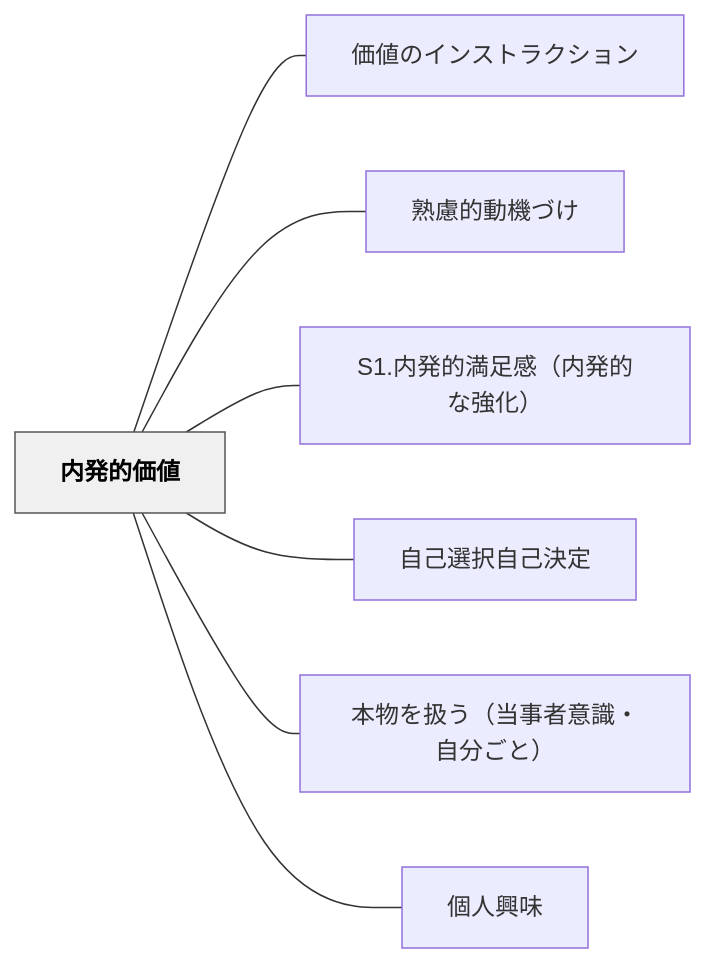
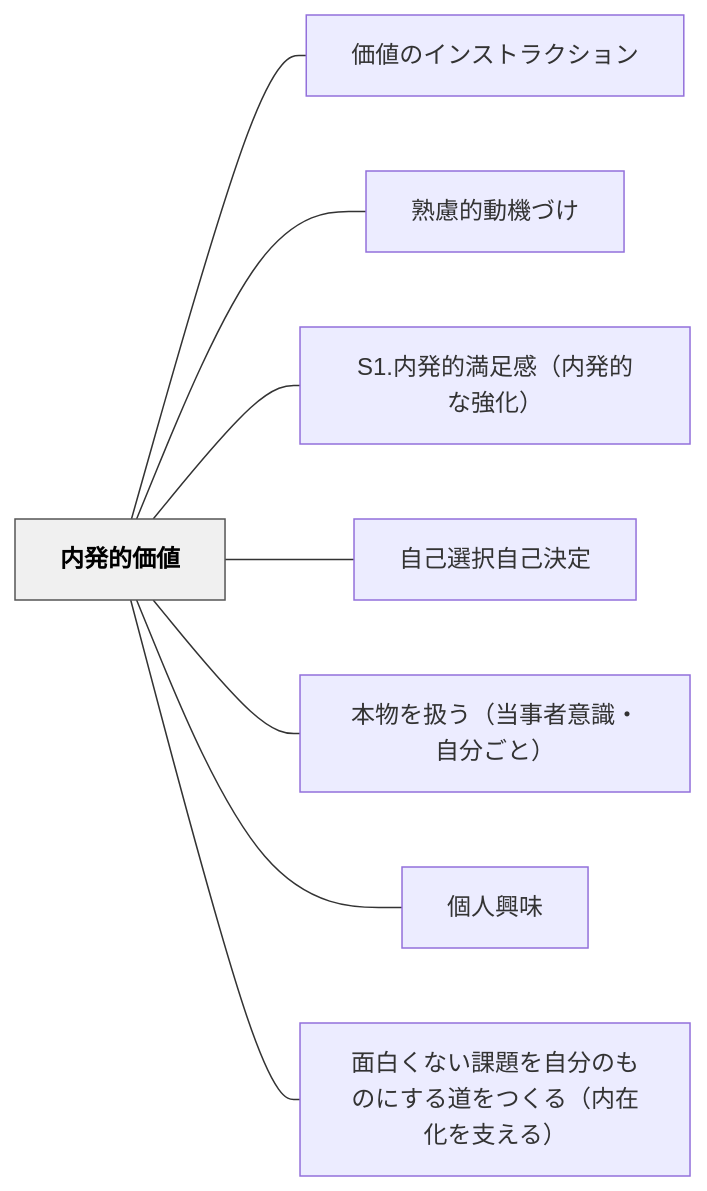
One commit to unknownthings-ed-patterns/unknownthings-ed-patterns changed the diagram in content/パタン/内発的価値.md. Above: the diagram before and after it, drawn with Mermaid. The commit also changed other lines of this file and 17 other files, not shown here.

````diff
--- a/content/パタン/内発的価値.md
+++ b/content/パタン/内発的価値.md
@@ -37,20 +37,22 @@
 ```mermaid
 flowchart LR
     ne58685e799bae79a84e4bea1e580a4["内発的価値"]
     ne4bea1e580a4e381aee382a4e383b3e382b9e38388e383a9e382afe382b7e383a7e383b3["価値のインストラクション"]
     ne7869fe685aee79a84e58b95e6a99fe381a5e38191["熟慮的動機づけ"]
     n53312ee58685e799bae79a84e6ba80e8b6b3e6849fefbc88e58685e799bae79a84e381aae5bcb7e58c96efbc89["S1.内発的満足感（内発的な強化）"]
     ne887aae5b7b1e981b8e68a9ee887aae5b7b1e6b1bae5ae9a["自己選択自己決定"]
     ne69cace789a9e38292e689b1e38186efbc88e5bd93e4ba8be88085e6848fe8ad98e383bbe887aae58886e38194e381a8efbc89["本物を扱う（当事者意識・自分ごと）"]
     ne5808be4babae88888e591b3["個人興味"]
+    ne99da2e799bde3818fe381aae38184e8aab2e9a18ce38292e887aae58886e381aee38282e381aee381abe38199e3828be98193e38292e381a4e3818fe3828befbc88e58685e59ca8e58c96e38292e694afe38188e3828befbc89["面白くない課題を自分のものにする道をつくる（内在化を支える）"]
 
     ne58685e799bae79a84e4bea1e580a4 --- ne4bea1e580a4e381aee382a4e383b3e382b9e38388e383a9e382afe382b7e383a7e383b3
     ne58685e799bae79a84e4bea1e580a4 --- ne7869fe685aee79a84e58b95e6a99fe381a5e38191
     ne58685e799bae79a84e4bea1e580a4 --- n53312ee58685e799bae79a84e6ba80e8b6b3e6849fefbc88e58685e799bae79a84e381aae5bcb7e58c96efbc89
     ne58685e799bae79a84e4bea1e580a4 --- ne887aae5b7b1e981b8e68a9ee887aae5b7b1e6b1bae5ae9a
     ne58685e799bae79a84e4bea1e580a4 --- ne69cace789a9e38292e689b1e38186efbc88e5bd93e4ba8be88085e6848fe8ad98e383bbe887aae58886e38194e381a8efbc89
     ne58685e799bae79a84e4bea1e580a4 --- ne5808be4babae88888e591b3
+    ne58685e799bae79a84e4bea1e580a4 --- ne99da2e799bde3818fe381aae38184e8aab2e9a18ce38292e887aae58886e381aee38282e381aee381abe38199e3828be98193e38292e381a4e3818fe3828befbc88e58685e59ca8e58c96e38292e694afe38188e3828befbc89
 
     classDef hub fill:#f0f0f0,stroke:#555,color:#000,font-weight:bold
     class ne58685e799bae79a84e4bea1e580a4 hub
 ```
````
